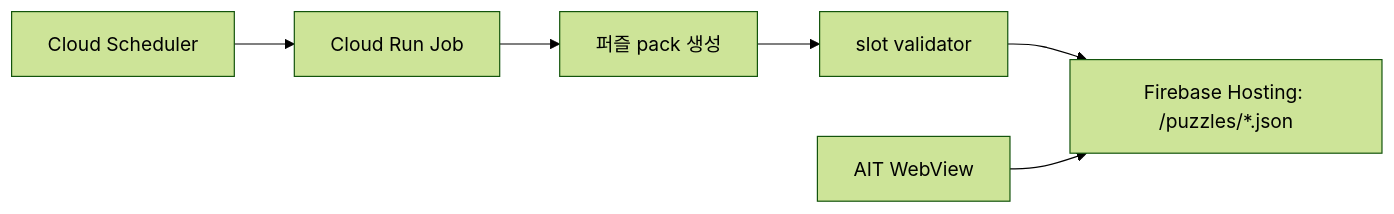
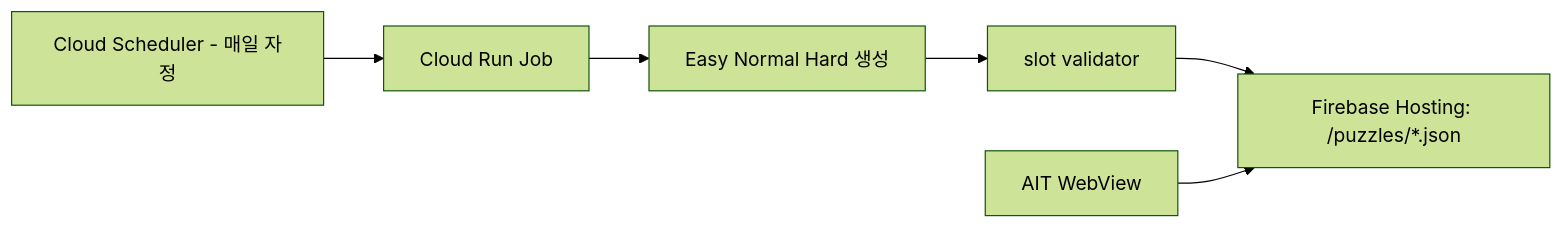
The diagram in docs/puzzle-pack-cloud-run.md (seorilabs/crossword-puzzle), drawn with Mermaid (forest theme) before and after one commit. The commit also changed other lines of this file and 28 other files, not shown here.

````diff
--- a/docs/puzzle-pack-cloud-run.md
+++ b/docs/puzzle-pack-cloud-run.md
@@ -5,8 +5,8 @@
 ```mermaid
 flowchart LR
-  Scheduler["Cloud Scheduler"] --> Job["Cloud Run Job"]
-  Job --> Generator["퍼즐 pack 생성"]
+  Scheduler["Cloud Scheduler - 매일 자정"] --> Job["Cloud Run Job"]
+  Job --> Generator["Easy Normal Hard 생성"]
   Generator --> Validator["slot validator"]
   Validator --> Hosting["Firebase Hosting: /puzzles/*.json"]
   App["AIT WebView"] --> Hosting
 ```
````
